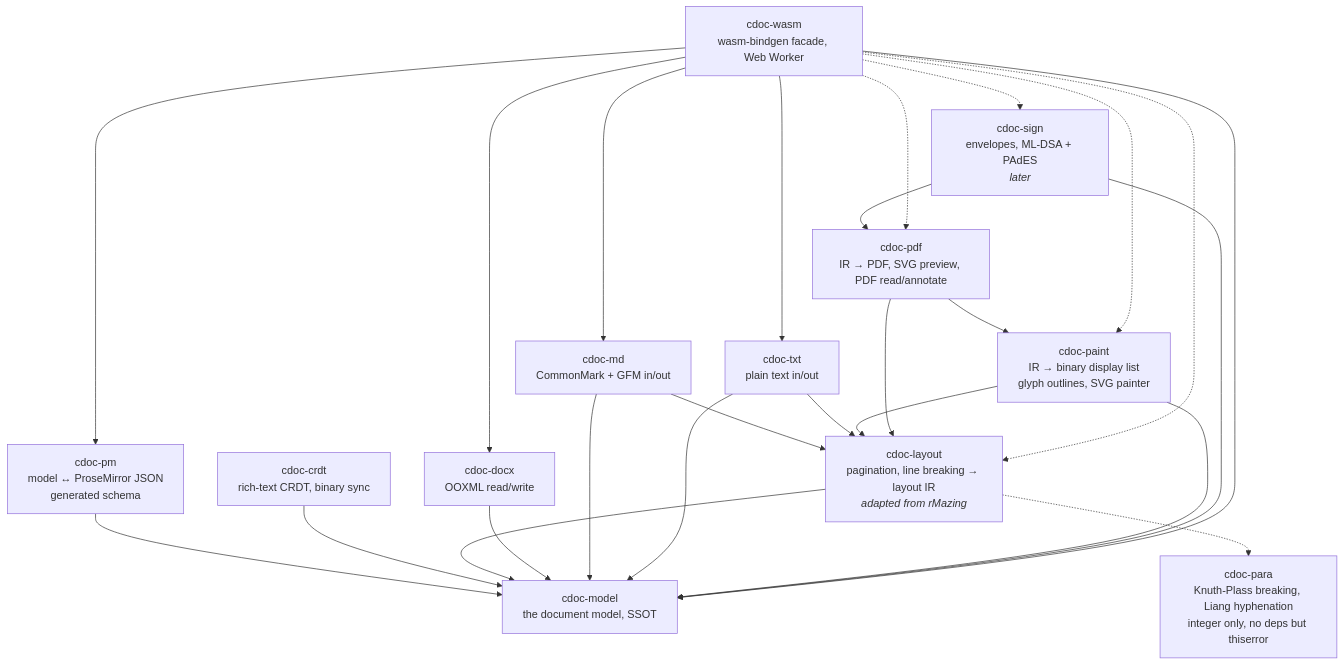
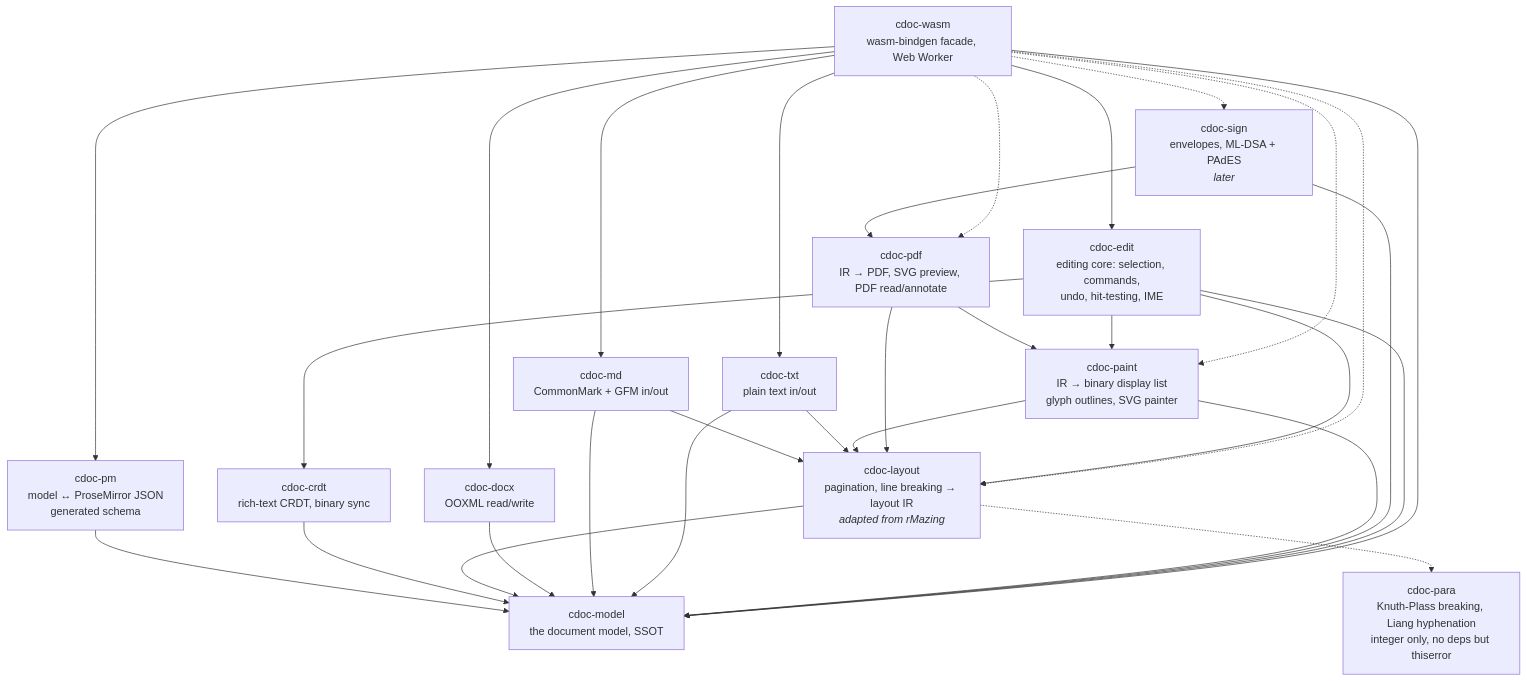
One commit to Avarok-Cybersecurity/citadel-docs changed the diagram in ARCHITECTURE.md. Above: the diagram before and after it, drawn with Mermaid. The commit also changed other lines of this file and 77 other files, not shown here.

````diff
--- a/ARCHITECTURE.md
+++ b/ARCHITECTURE.md
@@ -12,40 +12,46 @@
 ```mermaid
 graph TD
     model[cdoc-model<br/>the document model, SSOT]
     pm[cdoc-pm<br/>model ↔ ProseMirror JSON<br/>generated schema]
     layout[cdoc-layout<br/>pagination, line breaking → layout IR<br/><i>adapted from rMazing</i>]
     para[cdoc-para<br/>Knuth-Plass breaking, Liang hyphenation<br/>integer only, no deps but thiserror]
     paint[cdoc-paint<br/>IR → binary display list<br/>glyph outlines, SVG painter]
     pdf[cdoc-pdf<br/>IR → PDF, SVG preview, PDF read/annotate]
     docx[cdoc-docx<br/>OOXML read/write]
     md[cdoc-md<br/>CommonMark + GFM in/out]
     txt[cdoc-txt<br/>plain text in/out]
     sign[cdoc-sign<br/>envelopes, ML-DSA + PAdES<br/><i>later</i>]
     wasm[cdoc-wasm<br/>wasm-bindgen facade, Web Worker]
     crdt[cdoc-crdt<br/>rich-text CRDT, binary sync]
+    edit[cdoc-edit<br/>editing core: selection, commands,<br/>undo, hit-testing, IME]
 
     pm --> model
     crdt --> model
     layout --> model
     layout -.-> para
     docx --> model
     md --> model
     md --> layout
     txt --> model
     txt --> layout
     paint --> layout
     paint --> model
     pdf --> layout
     pdf --> paint
     sign --> pdf
     sign --> model
+    edit --> crdt
+    edit --> model
+    edit --> layout
+    edit --> paint
+    wasm --> edit
     wasm --> pm
     wasm --> model
     wasm -.-> layout
     wasm -.-> pdf
     wasm -.-> paint
     wasm --> docx
     wasm --> md
     wasm --> txt
     wasm -.-> sign
 ```
````
